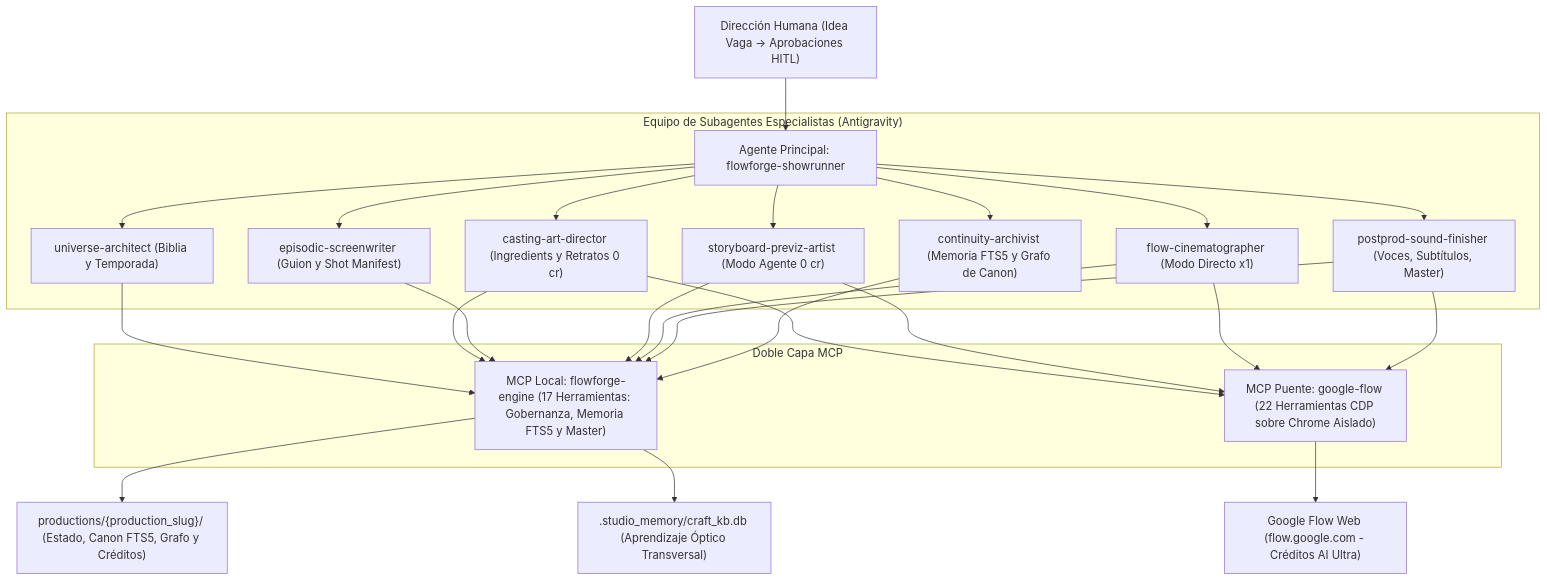
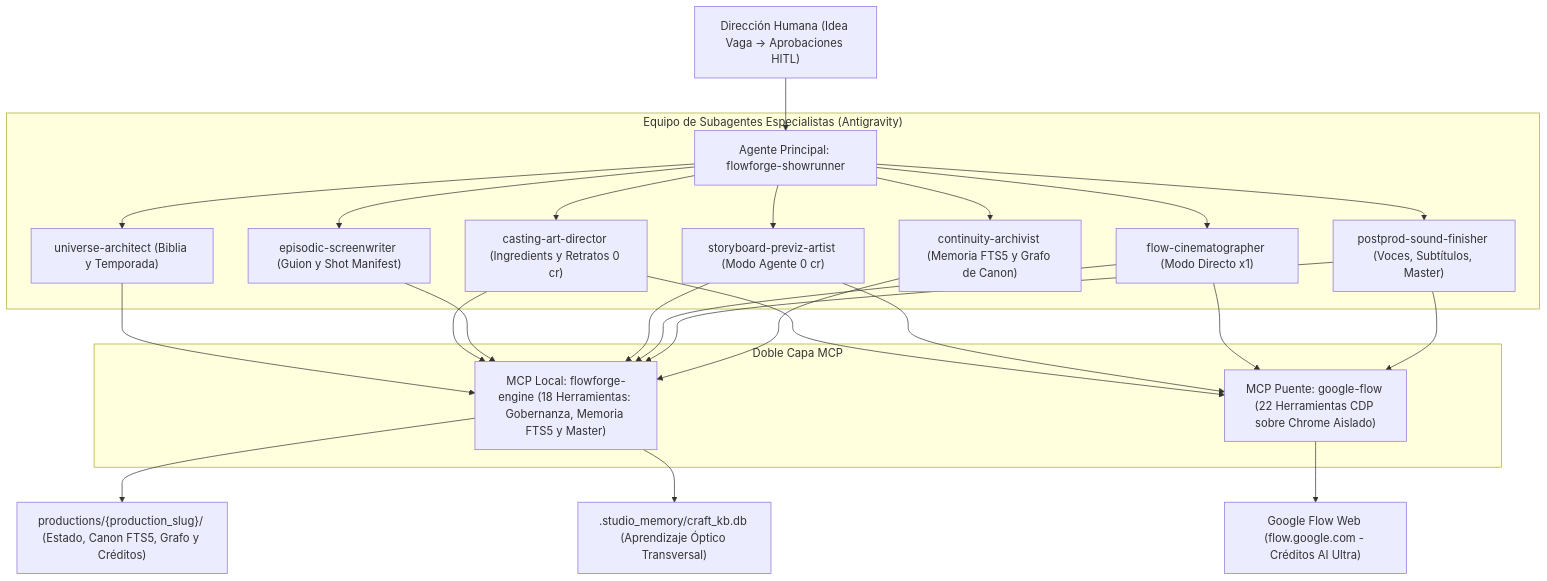
Before and after one commit to GabrielCruzSoto/flowforge-studio-framework: the diagram in README.md, drawn with Mermaid. The commit also changed other lines of this file and 23 other files, not shown here.

````diff
--- a/README.md
+++ b/README.md
@@ -9,25 +9,25 @@
 ```mermaid
 flowchart TD
     Director["Dirección Humana (Idea Vaga -> Aprobaciones HITL)"] --> Showrunner["Agente Principal: flowforge-showrunner"]
 
     subgraph Agents["Equipo de Subagentes Especialistas (Antigravity)"]
         Showrunner --> UA["universe-architect (Biblia y Temporada)"]
         Showrunner --> CAD["casting-art-director (Ingredients y Retratos 0 cr)"]
         Showrunner --> ESW["episodic-screenwriter (Guion y Shot Manifest)"]
         Showrunner --> SPA["storyboard-previz-artist (Modo Agente 0 cr)"]
         Showrunner --> DOP["flow-cinematographer (Modo Directo x1)"]
         Showrunner --> PPS["postprod-sound-finisher (Voces, Subtítulos, Master)"]
         Showrunner --> CA["continuity-archivist (Memoria FTS5 y Grafo de Canon)"]
     end
 
     subgraph MCPLayer["Doble Capa MCP"]
-        EngineMCP["MCP Local: flowforge-engine (17 Herramientas: Gobernanza, Memoria FTS5 y Master)"]
+        EngineMCP["MCP Local: flowforge-engine (18 Herramientas: Gobernanza, Memoria FTS5 y Master)"]
         BrowserMCP["MCP Puente: google-flow (22 Herramientas CDP sobre Chrome Aislado)"]
     end
 
     UA & CAD & ESW & SPA & DOP & PPS & CA --> EngineMCP
     CAD & SPA & DOP & PPS --> BrowserMCP
     EngineMCP --> Cartridge["productions/{production_slug}/ (Estado, Canon FTS5, Grafo y Créditos)"]
     EngineMCP --> CraftKB[".studio_memory/craft_kb.db (Aprendizaje Óptico Transversal)"]
     BrowserMCP --> GoogleFlow["Google Flow Web (flow.google.com - Créditos AI Ultra)"]
 ```
````
